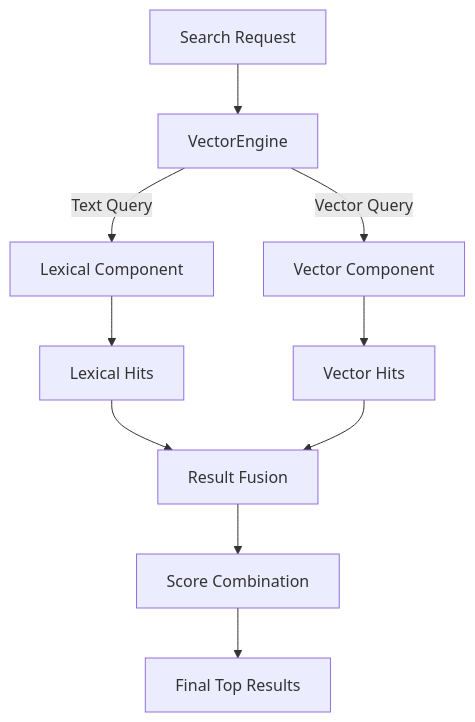
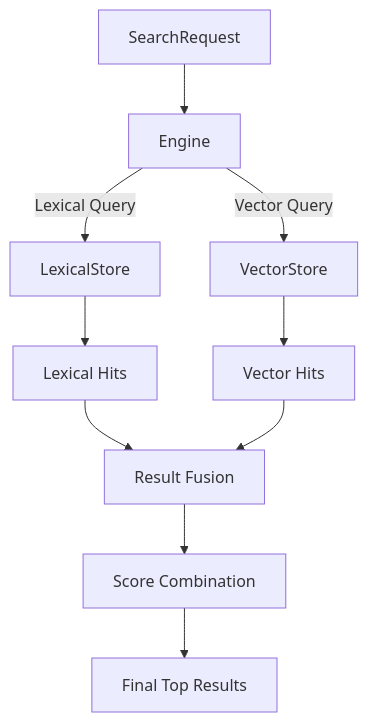
One commit to mosuka/iris changed the fourth of 4 diagrams in docs/src/concepts/vector_search.md. Above: the diagram before and after it, drawn with Mermaid. The commit also changed other lines of this file and 8 other files, not shown here.

````diff
--- a/docs/src/concepts/vector_search.md
+++ b/docs/src/concepts/vector_search.md
@@ -268,15 +274,15 @@
 ```mermaid
 graph TD
-    Query["Search Request"] --> Engine["VectorEngine"]
-    Engine -->|Text Query| LexSearch["Lexical Component"]
-    Engine -->|Vector Query| VecSearch["Vector Component"]
-    
+    Query["SearchRequest"] --> Engine["Engine"]
+    Engine -->|Lexical Query| LexSearch["LexicalStore"]
+    Engine -->|Vector Query| VecSearch["VectorStore"]
+
     LexSearch --> LexHits["Lexical Hits"]
     VecSearch --> VecHits["Vector Hits"]
-    
+
     LexHits --> Fusion["Result Fusion"]
     VecHits --> Fusion
-    
+
     Fusion --> Combine["Score Combination"]
     Combine --> TopDocs["Final Top Results"]
 ```
````
